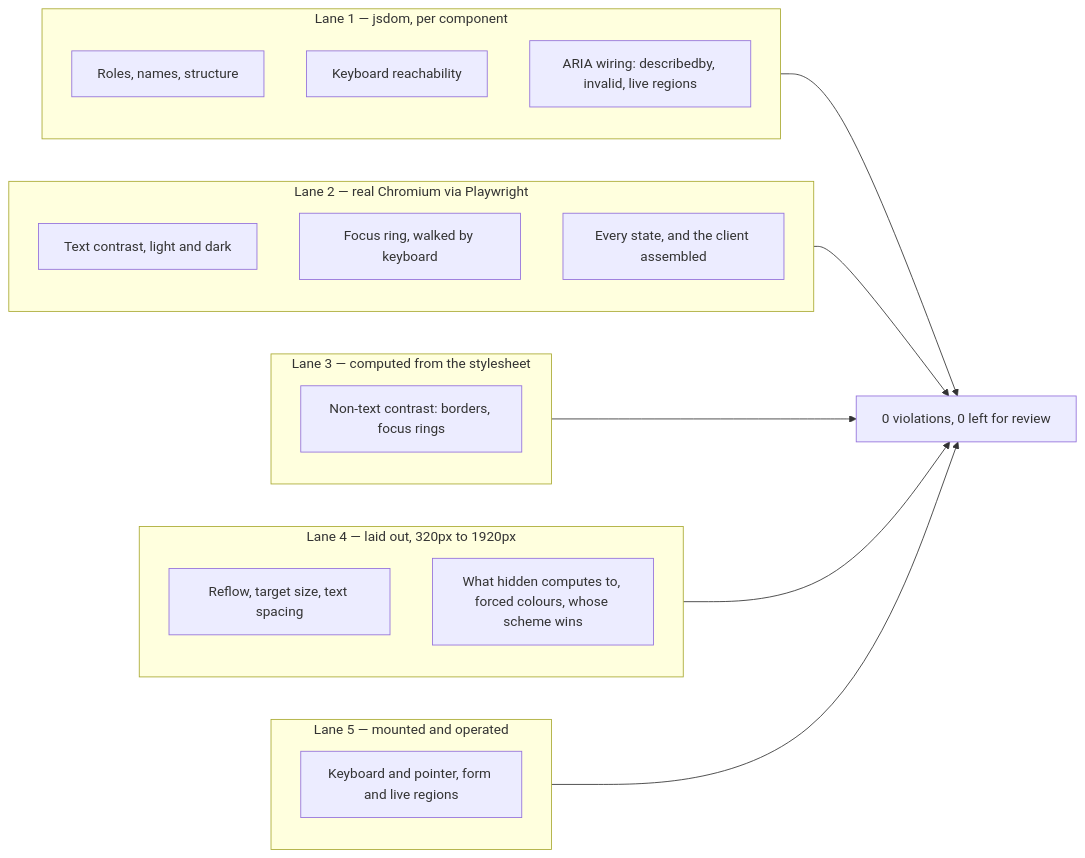
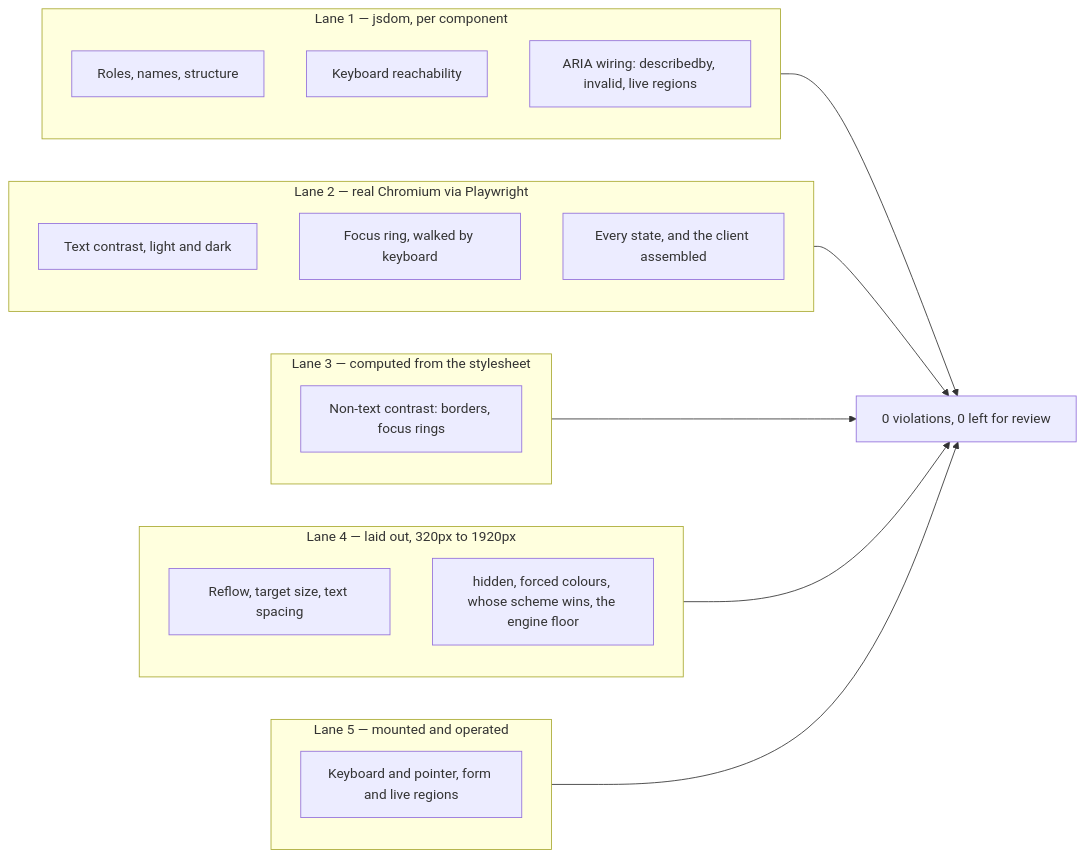
The sixth of 7 diagrams in README.md (d4551/cloudflare-dsh), drawn with Mermaid before and after one commit. The commit also changed other lines of this file and 6 other files, not shown here.

````diff
--- a/README.md
+++ b/README.md
@@ -666,28 +666,28 @@
 ```mermaid
 graph LR
     subgraph jsdom["Lane 1 — jsdom, per component"]
         A["Roles, names, structure"]
         B["Keyboard reachability"]
         C["ARIA wiring: describedby, invalid, live regions"]
     end
     subgraph chromium["Lane 2 — real Chromium via Playwright"]
         D["Text contrast, light and dark"]
         E["Focus ring, walked by keyboard"]
         F["Every state, and the client assembled"]
     end
     subgraph computed["Lane 3 — computed from the stylesheet"]
         H["Non-text contrast: borders, focus rings"]
     end
     subgraph viewport["Lane 4 — laid out, 320px to 1920px"]
         I["Reflow, target size, text spacing"]
-        J["What hidden computes to, forced colours, whose scheme wins"]
+        J["hidden, forced colours, whose scheme wins, the engine floor"]
     end
     subgraph e2e["Lane 5 — mounted and operated"]
         K["Keyboard and pointer, form and live regions"]
     end
     jsdom --> G["0 violations, 0 left for review"]
     chromium --> G
     computed --> G
     viewport --> G
     e2e --> G
 ```
````
